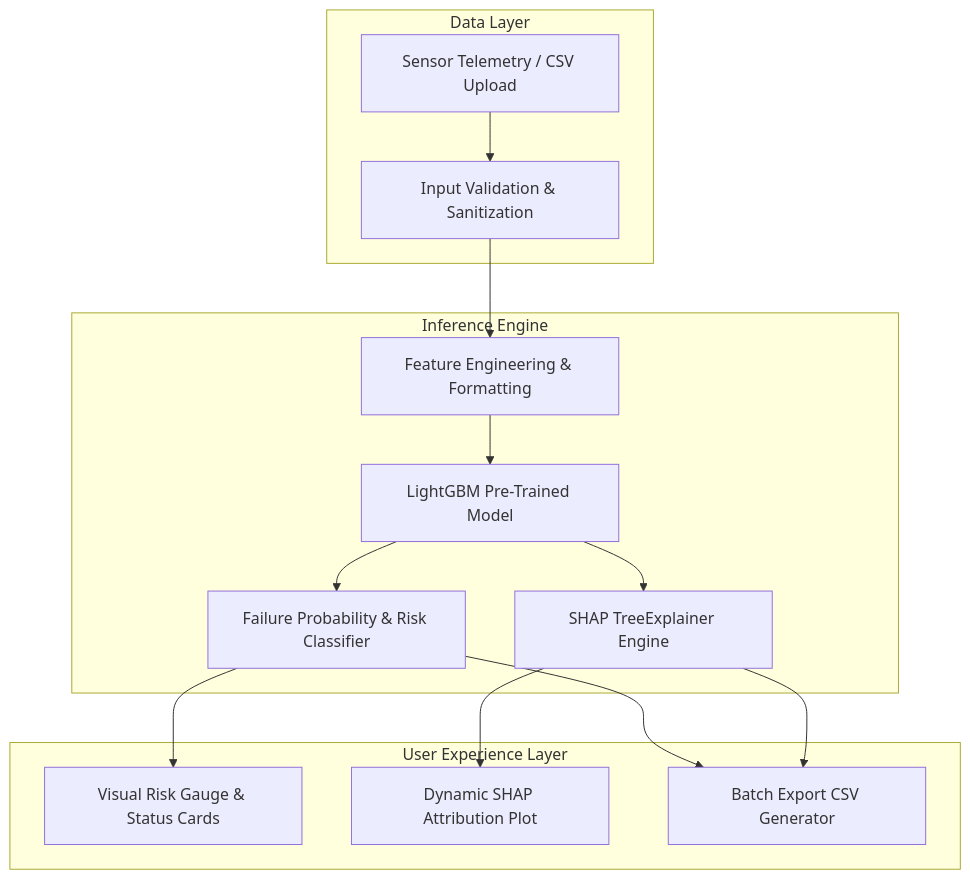
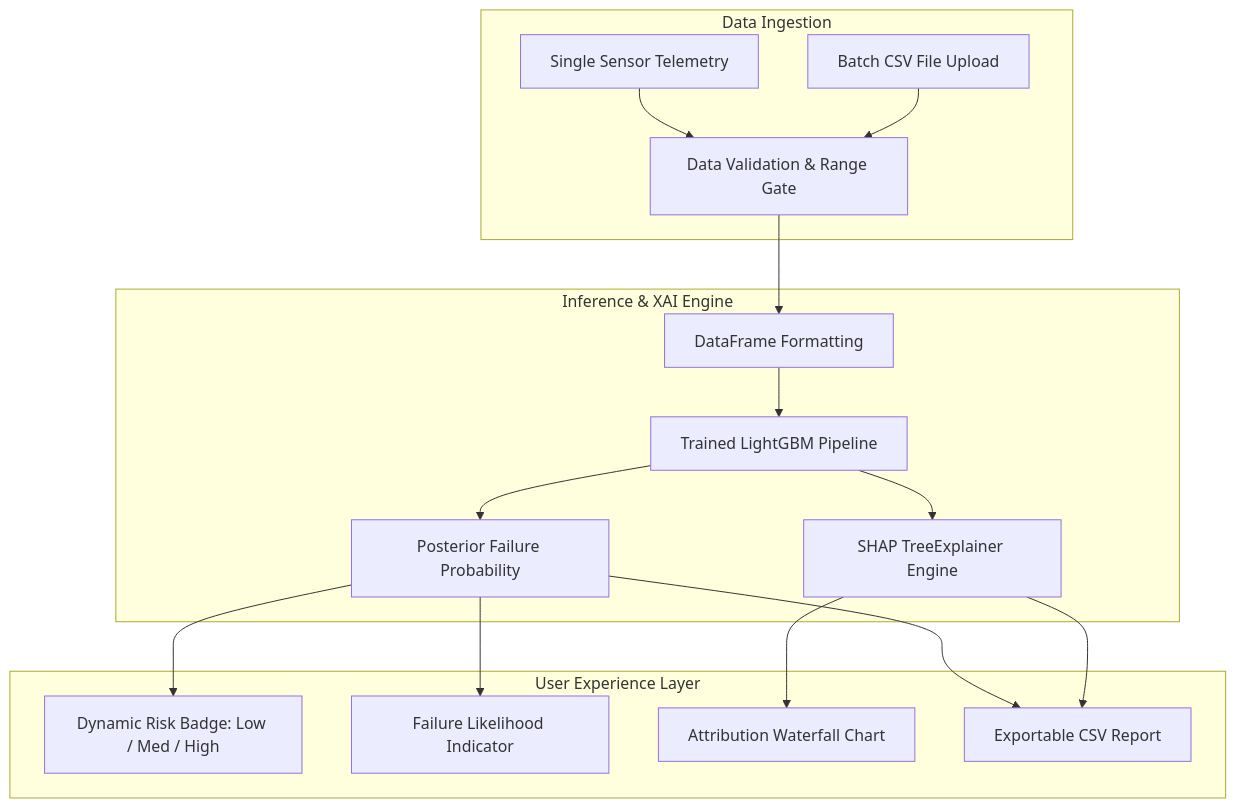
The diagram in README.md (iamvk09/Industrial-Predictive-Maintenance), drawn with Mermaid before and after one commit. The commit also changed other lines of this file and 1 other file, not shown here.

````diff
--- a/README.md
+++ b/README.md
@@ -85,19 +176,21 @@
 ```mermaid
 flowchart TD
-    subgraph Data Layer
-        A[Sensor Telemetry / CSV Upload] --> B[Input Validation & Sanitization]
+    subgraph Data Ingestion
+        A[Single Sensor Telemetry] --> C[Data Validation & Range Gate]
+        B[Batch CSV File Upload] --> C
     end
 
-    subgraph Inference Engine
-        B --> C[Feature Engineering & Formatting]
-        C --> D[LightGBM Pre-Trained Model]
-        D --> E[Failure Probability & Risk Classifier]
-        D --> F[SHAP TreeExplainer Engine]
+    subgraph Inference & XAI Engine
+        C --> D[DataFrame Formatting]
+        D --> E[Trained LightGBM Pipeline]
+        E --> F[Posterior Failure Probability]
+        E --> G[SHAP TreeExplainer Engine]
     end
 
     subgraph User Experience Layer
-        E --> G[Visual Risk Gauge & Status Cards]
-        F --> H[Dynamic SHAP Attribution Plot]
-        E & F --> I[Batch Export CSV Generator]
+        F --> H[Dynamic Risk Badge: Low / Med / High]
+        F --> I[Failure Likelihood Indicator]
+        G --> J[Attribution Waterfall Chart]
+        F & G --> K[Exportable CSV Report]
     end
 ```
````
